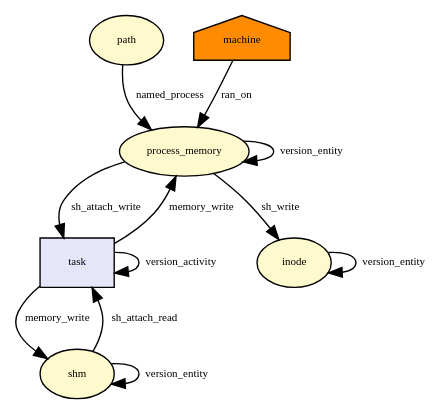
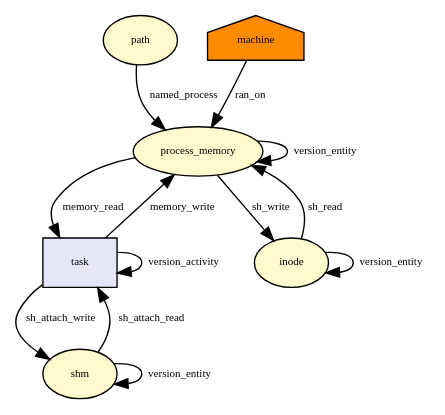
Before and after one commit to TinkerBellSystem/graph-matching: the diagram in tmp/provenance_shm_shmat.dot, drawn with Graphviz. The commit also changed 3 other files, not shown here.

```diff
--- a/tmp/provenance_shm_shmat.dot
+++ b/tmp/provenance_shm_shmat.dot
@@ -1,35 +1,37 @@
 digraph RGL__DirectedAdjacencyGraph {path[fontsize = 8,label = "path",shape = ellipse, fillcolor="#fffacd", style = filled]
 
 process_memory[fontsize = 8,label = "process_memory",shape = ellipse, fillcolor="#fffacd", style = filled]
 
 path -> process_memory[fontsize = 8,label = "named_process", color="#000000"]
 
 process_memory -> process_memory[fontsize = 8,label = "version_entity", color="#000000"]
 
 machine[fontsize = 8,label = "machine",shape = house, fillcolor="#ff8c00", style = filled]
 
 machine -> process_memory[fontsize = 8,label = "ran_on", color="#000000"]
 
 task[fontsize = 8,label = "task",shape = rectangle, fillcolor="#e6e6fa", style = filled]
 
 task -> task[fontsize = 8,label = "version_activity", color="#000000"]
 
 shm[fontsize = 8,label = "shm",shape = ellipse, fillcolor="#fffacd", style = filled]
 
 shm -> task[fontsize = 8,label = "sh_attach_read", color="#000000"]
 
 task -> process_memory[fontsize = 8,label = "memory_write", color="#000000"]
 
 inode[fontsize = 8,label = "inode",shape = ellipse, fillcolor="#fffacd", style = filled]
 
 inode -> inode[fontsize = 8,label = "version_entity", color="#000000"]
 
 process_memory -> inode[fontsize = 8,label = "sh_write", color="#000000"]
 
-process_memory -> task[fontsize = 8,label = "sh_attach_write", color="#000000"]
+inode -> process_memory[fontsize = 8,label = "sh_read", color="#000000"]
+
+process_memory -> task[fontsize = 8,label = "memory_read", color="#000000"]
 
 shm -> shm[fontsize = 8,label = "version_entity", color="#000000"]
 
-task -> shm[fontsize = 8,label = "memory_write", color="#000000"]
+task -> shm[fontsize = 8,label = "sh_attach_write", color="#000000"]
 
 }
```
